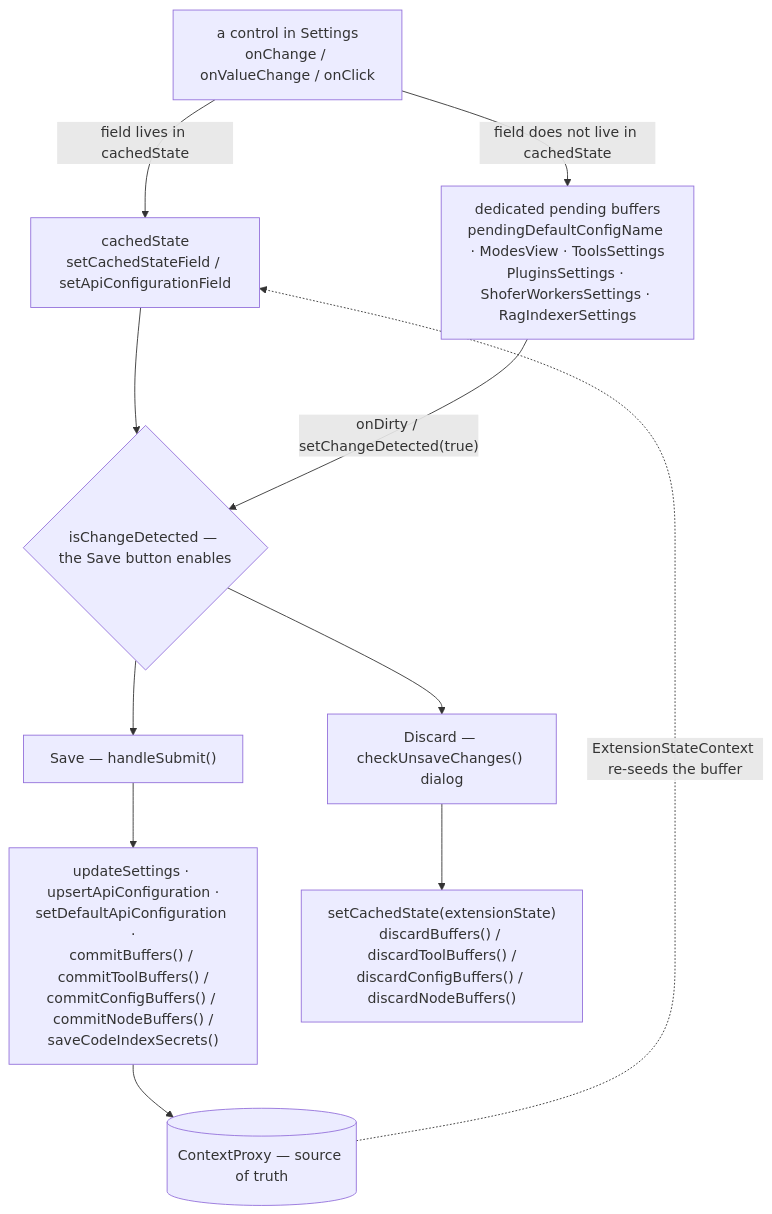
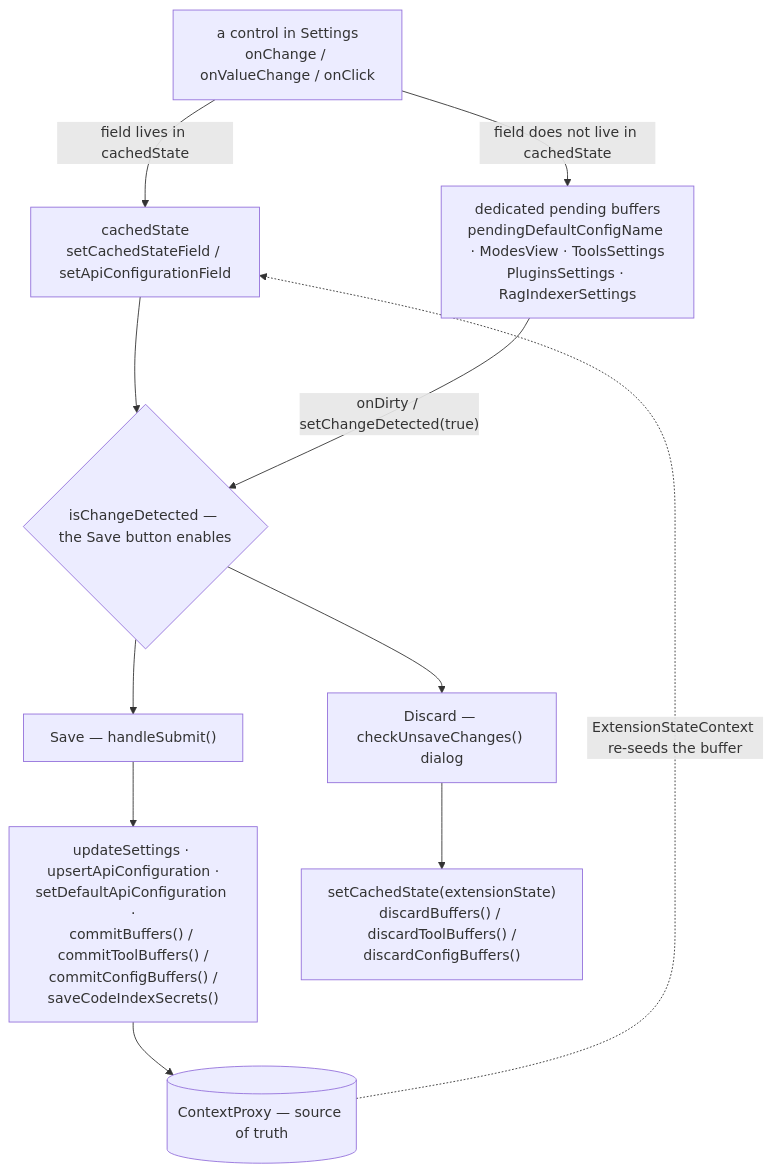
One commit to shofer-dev/shofer changed the fifth of 5 diagrams in docs/settings_overlay.md. Above: the diagram before and after it, drawn with Mermaid. The commit also changed other lines of this file and 85 other files, not shown here.

First line of the commit message:
feat!: remove the Shofer Workers fleet layer (remote_agents phase 1)

````diff
--- a/docs/settings_overlay.md
+++ b/docs/settings_overlay.md
@@ -1328,22 +1324,22 @@
 ```mermaid
 flowchart TD
     IN["a control in Settings<br/>onChange / onValueChange / onClick"]
     CS["cachedState<br/>setCachedStateField / setApiConfigurationField"]
-    PB["dedicated pending buffers<br/>pendingDefaultConfigName · ModesView · ToolsSettings<br/>PluginsSettings · ShoferWorkersSettings · RagIndexerSettings"]
+    PB["dedicated pending buffers<br/>pendingDefaultConfigName · ModesView · ToolsSettings<br/>PluginsSettings · RagIndexerSettings"]
     DIRTY{"isChangeDetected — the Save button enables"}
     SAVE["Save — handleSubmit()"]
-    HOST["updateSettings · upsertApiConfiguration ·<br/>setDefaultApiConfiguration ·<br/>commitBuffers() / commitToolBuffers() /<br/>commitConfigBuffers() / commitNodeBuffers() /<br/>saveCodeIndexSecrets()"]
+    HOST["updateSettings · upsertApiConfiguration ·<br/>setDefaultApiConfiguration ·<br/>commitBuffers() / commitToolBuffers() /<br/>commitConfigBuffers() /<br/>saveCodeIndexSecrets()"]
     DISC["Discard — checkUnsaveChanges() dialog"]
-    REV["setCachedState(extensionState)<br/>discardBuffers() / discardToolBuffers() /<br/>discardConfigBuffers() / discardNodeBuffers()"]
+    REV["setCachedState(extensionState)<br/>discardBuffers() / discardToolBuffers() /<br/>discardConfigBuffers()"]
     PROXY[("ContextProxy — source of truth")]
 
     IN -->|"field lives in cachedState"| CS
     IN -->|"field does not live in cachedState"| PB
     CS --> DIRTY
     PB -->|"onDirty / setChangeDetected(true)"| DIRTY
     DIRTY --> SAVE
     DIRTY --> DISC
     SAVE --> HOST --> PROXY
     DISC --> REV
     PROXY -.->|"ExtensionStateContext re-seeds the buffer"| CS
 ```
````
